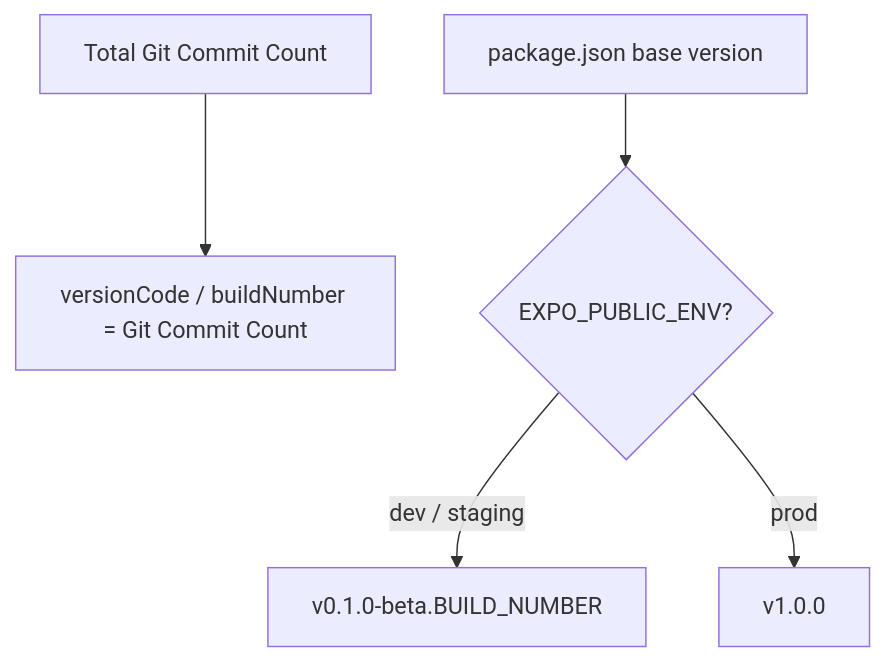
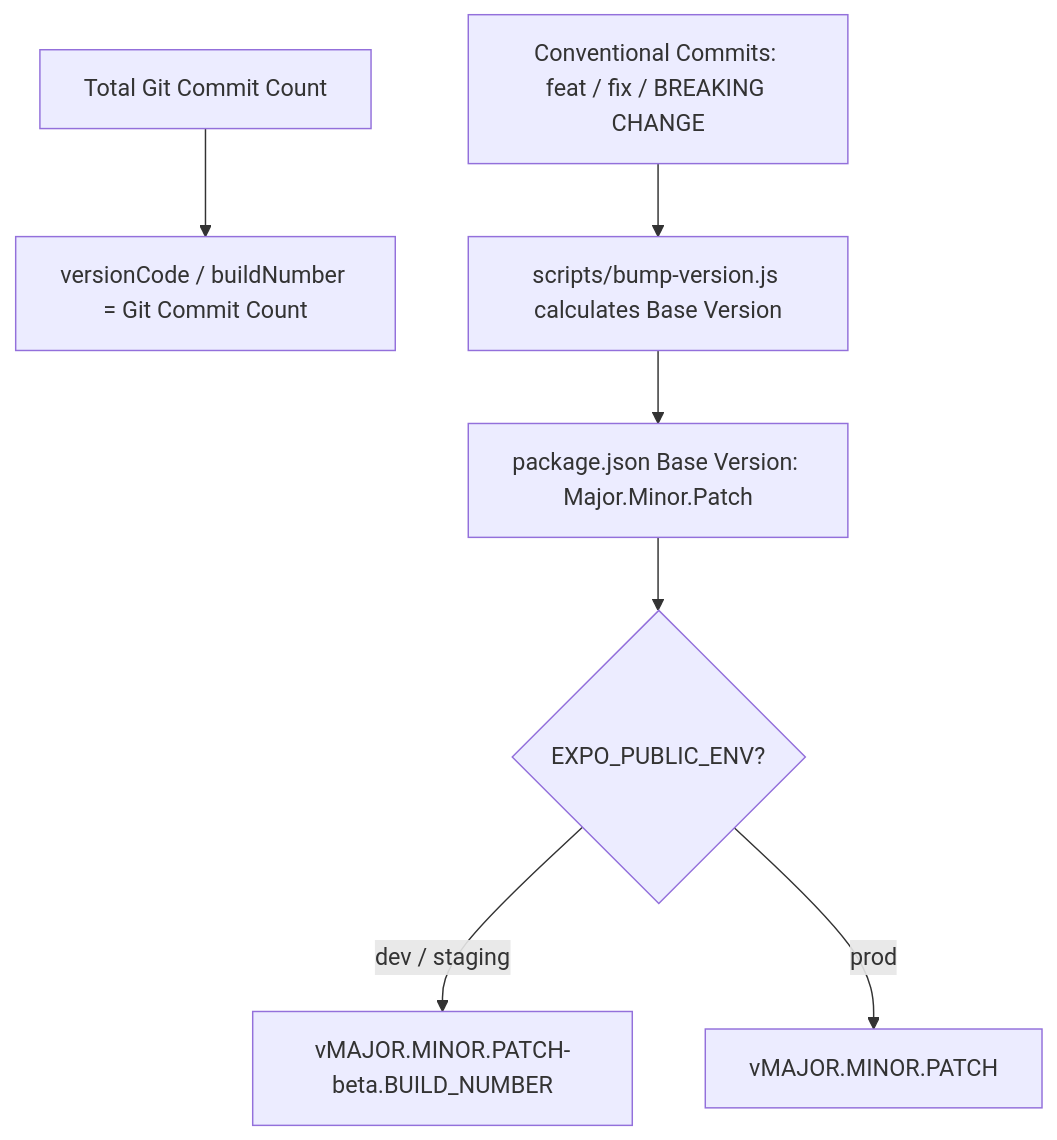
Before and after one commit to edgeoft/sewalo-mobile-Frontend: the diagram in VERSIONING_GUIDE.md, drawn with Mermaid. The commit also changed other lines of this file, not shown here.

Commit message:
docs(versioning): update VERSIONING_GUIDE.md with automated SemVer rules

````diff
--- a/VERSIONING_GUIDE.md
+++ b/VERSIONING_GUIDE.md
@@ -46,7 +46,9 @@
 ```mermaid
 flowchart TD
     GitCommits[Total Git Commit Count] --> BuildNum[versionCode / buildNumber = Git Commit Count]
-    PkgVersion[package.json base version] --> EnvCheck{EXPO_PUBLIC_ENV?}
-    EnvCheck -->|dev / staging| BetaVer[v0.1.0-beta.BUILD_NUMBER]
-    EnvCheck -->|prod| ReleaseVer[v1.0.0]
+    ConventionalCommits[Conventional Commits: feat / fix / BREAKING CHANGE] --> SemVerBump[scripts/bump-version.js calculates Base Version]
+    SemVerBump --> PkgVersion[package.json Base Version: Major.Minor.Patch]
+    PkgVersion --> EnvCheck{EXPO_PUBLIC_ENV?}
+    EnvCheck -->|dev / staging| BetaVer[vMAJOR.MINOR.PATCH-beta.BUILD_NUMBER]
+    EnvCheck -->|prod| ReleaseVer[vMAJOR.MINOR.PATCH]
 ```
````
